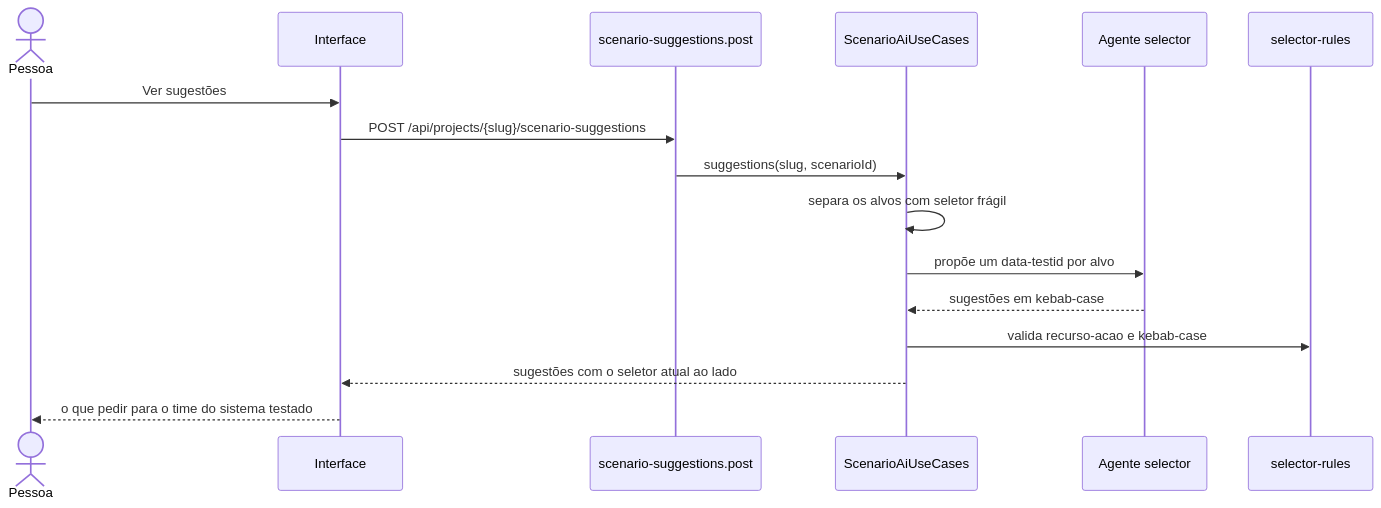
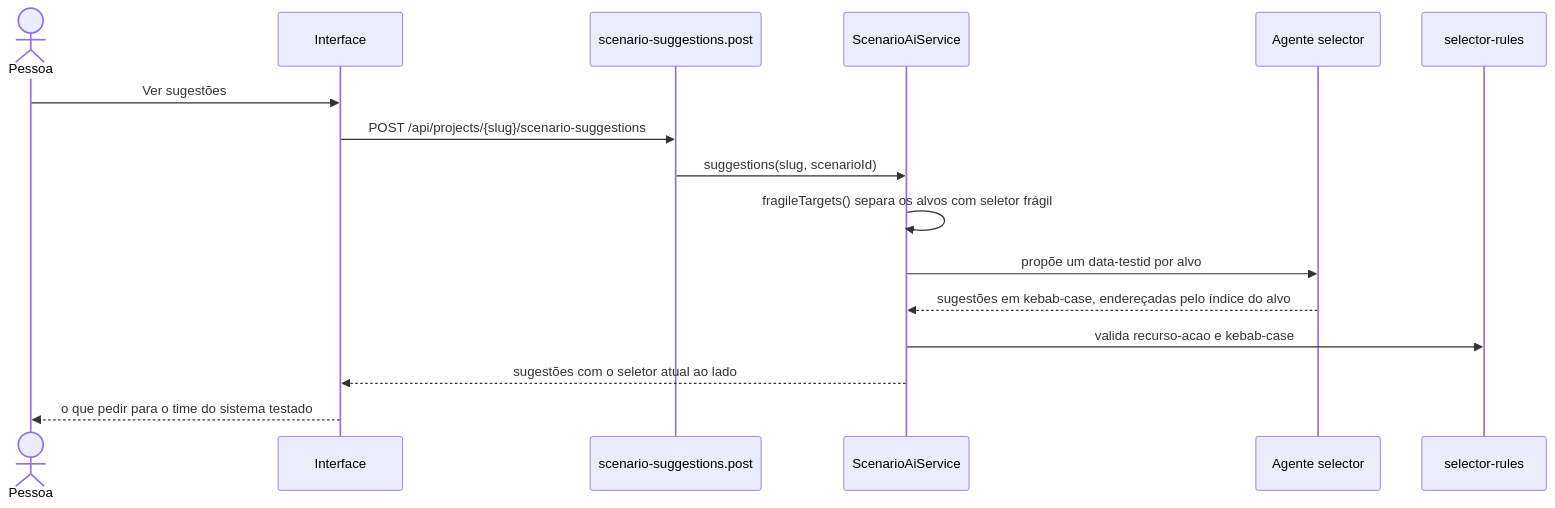
One commit to KauanCalheiro/acutis changed diagram 25 of 28 in docs/DIAGRAMS/SEQUENCE-DIAGRAMS.md. Above: the diagram before and after it, drawn with Mermaid. The commit also changed other lines of this file and 7 other files, not shown here.

````diff
--- a/docs/DIAGRAMS/SEQUENCE-DIAGRAMS.md
+++ b/docs/DIAGRAMS/SEQUENCE-DIAGRAMS.md
@@ -479,19 +861,19 @@
 ```mermaid
 sequenceDiagram
   actor Pessoa
   participant App as Interface
   participant API as scenario-suggestions.post
-  participant AI as ScenarioAiUseCases
+  participant AI as ScenarioAiService
   participant IA as Agente selector
   participant SR as selector-rules
 
   Pessoa->>App: Ver sugestões
   App->>API: POST /api/projects/{slug}/scenario-suggestions
   API->>AI: suggestions(slug, scenarioId)
-  AI->>AI: separa os alvos com seletor frágil
+  AI->>AI: fragileTargets() separa os alvos com seletor frágil
   AI->>IA: propõe um data-testid por alvo
-  IA-->>AI: sugestões em kebab-case
+  IA-->>AI: sugestões em kebab-case, endereçadas pelo índice do alvo
   AI->>SR: valida recurso-acao e kebab-case
   AI-->>App: sugestões com o seletor atual ao lado
   App-->>Pessoa: o que pedir para o time do sistema testado
 ```
````
